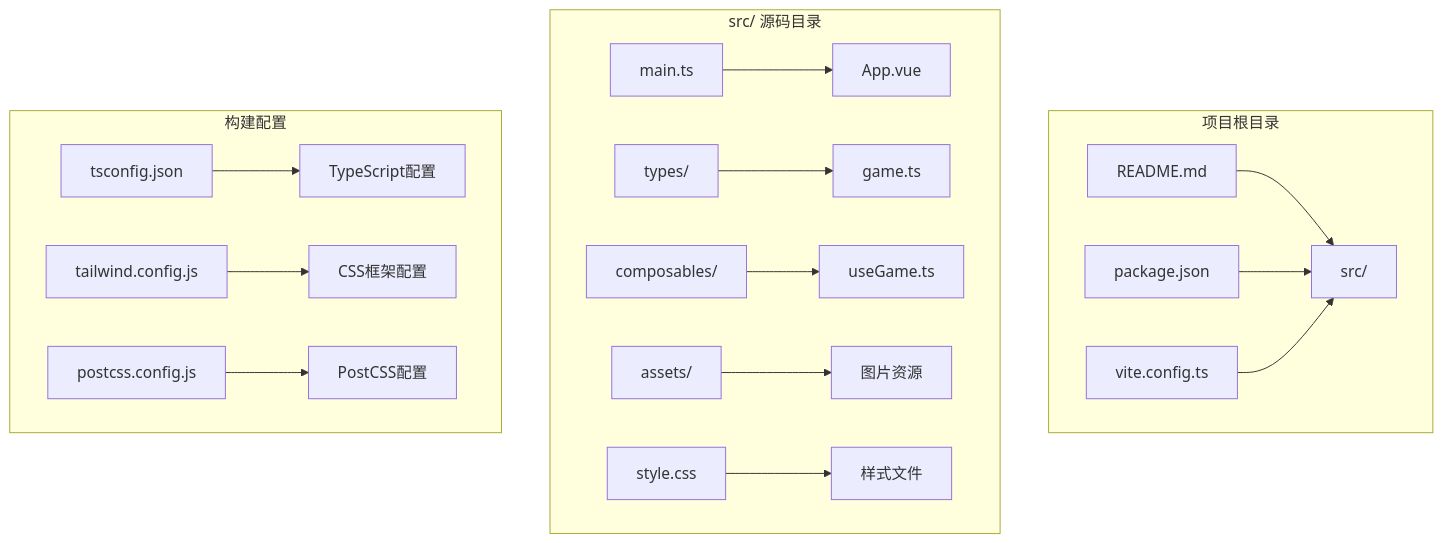
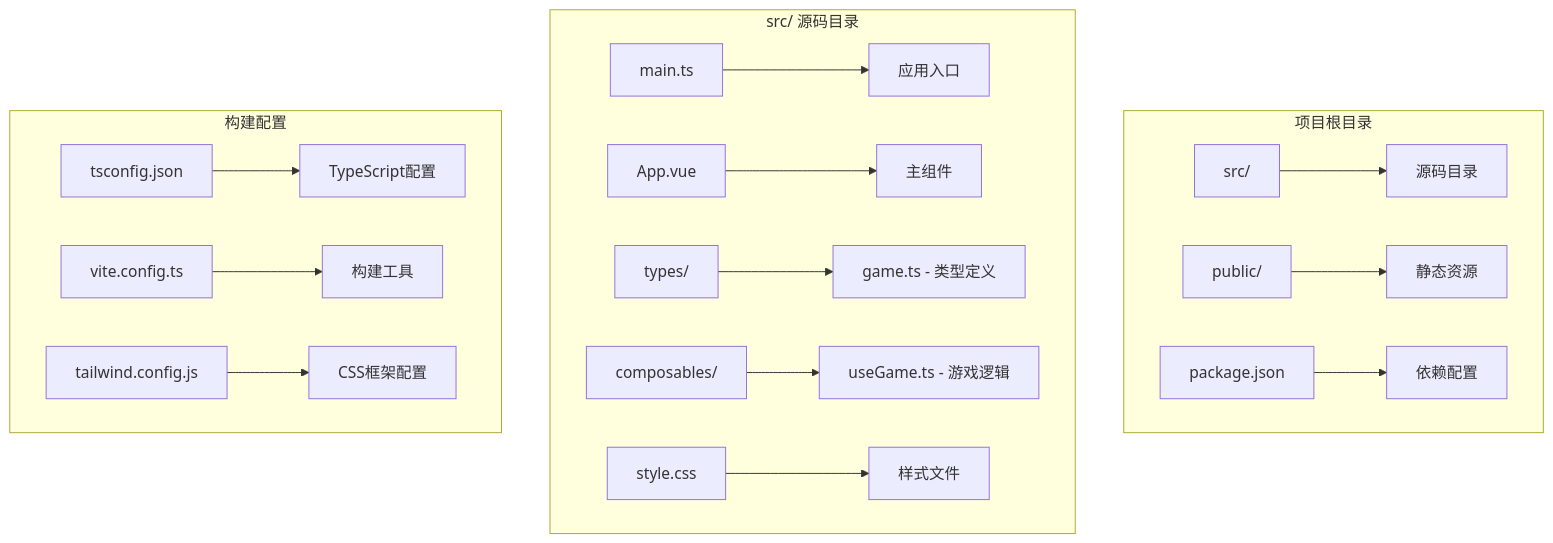
Before and after one commit to mrancc/reimagined-journey: the first of 8 diagrams in .qoder/repowiki/zh/content/游戏机制/游戏模式系统.md, drawn with Mermaid. The commit also changed other lines of this file and 11 other files, not shown here.

````diff
--- a/.qoder/repowiki/zh/content/游戏机制/游戏模式系统.md
+++ b/.qoder/repowiki/zh/content/游戏机制/游戏模式系统.md
@@ -38,20 +45,20 @@
 ```mermaid
 graph TB
 subgraph "项目根目录"
-A[README.md] --> B[src/]
-C[package.json] --> B
-D[vite.config.ts] --> B
+A[src/] --> B[源码目录]
+C[public/] --> D[静态资源]
+E[package.json] --> F[依赖配置]
 end
 subgraph "src/ 源码目录"
-E[main.ts] --> F[App.vue]
-G[types/] --> H[game.ts]
-I[composables/] --> J[useGame.ts]
-K[assets/] --> L[图片资源]
-M[style.css] --> N[样式文件]
+G[main.ts] --> H[应用入口]
+I[App.vue] --> J[主组件]
+K[types/] --> L[game.ts - 类型定义]
+M[composables/] --> N[useGame.ts - 游戏逻辑]
+O[style.css] --> P[样式文件]
 end
 subgraph "构建配置"
-O[tsconfig.json] --> P[TypeScript配置]
-Q[tailwind.config.js] --> R[CSS框架配置]
-S[postcss.config.js] --> T[PostCSS配置]
+Q[tsconfig.json] --> R[TypeScript配置]
+S[vite.config.ts] --> T[构建工具]
+U[tailwind.config.js] --> V[CSS框架配置]
 end
 ```
````
